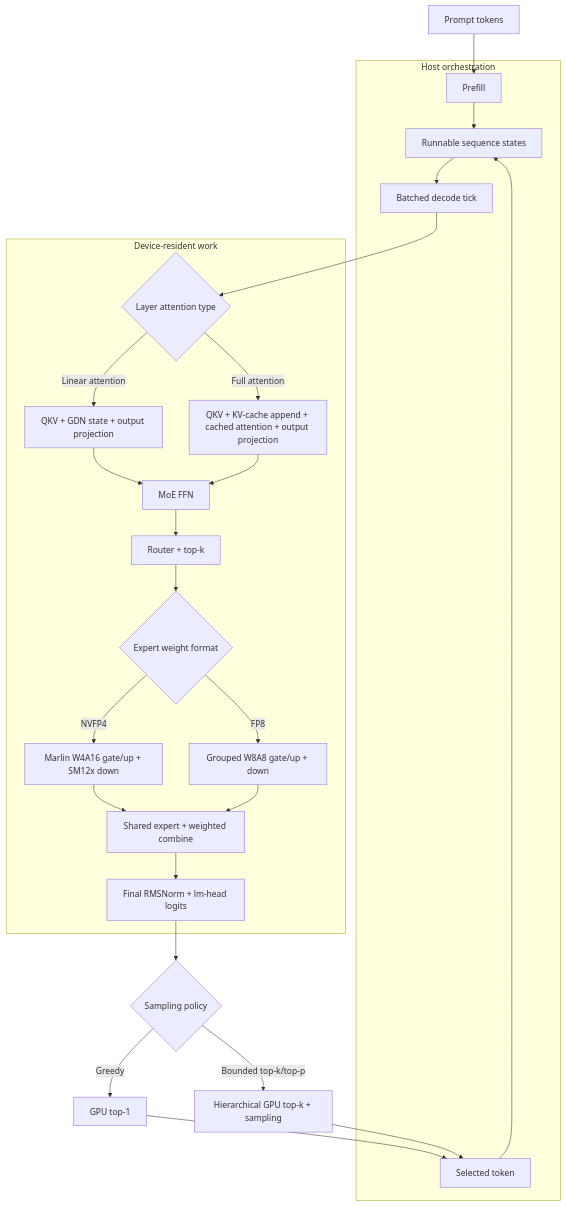
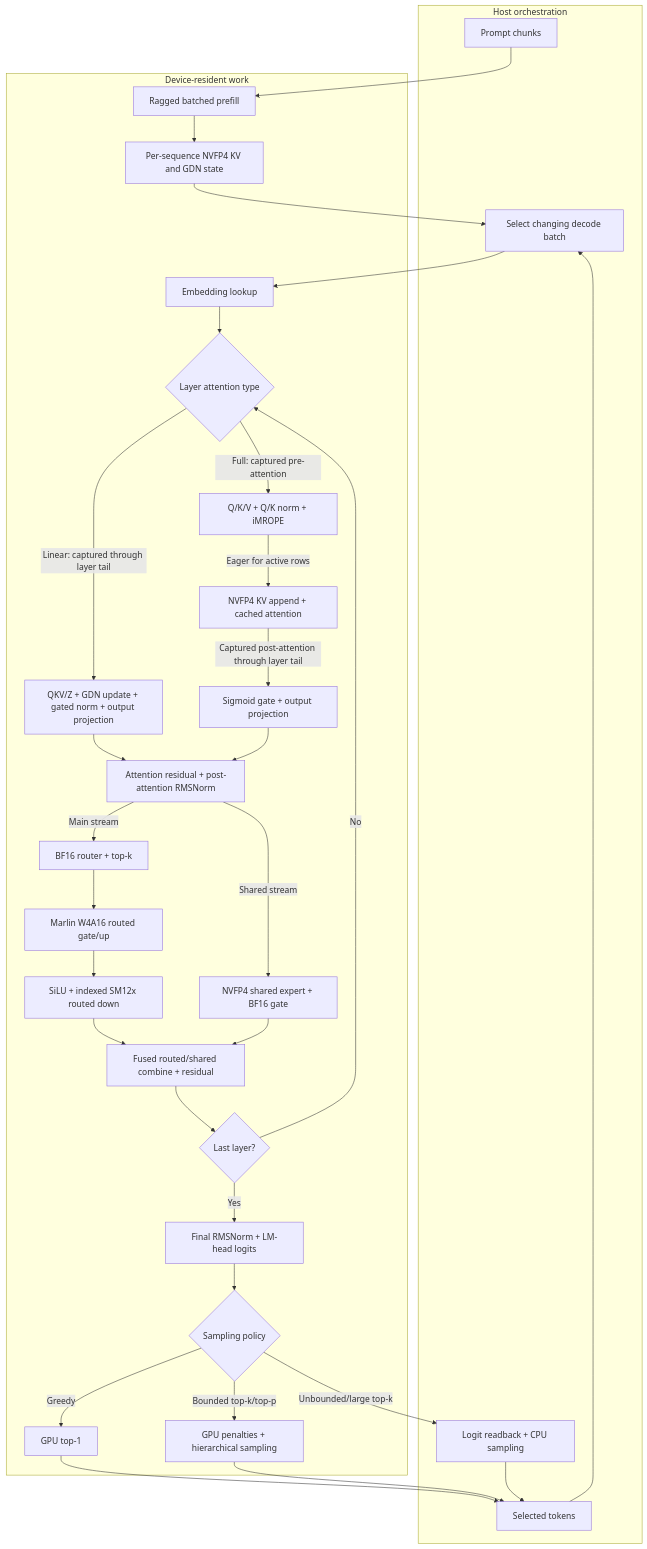
Before and after one commit to rdaum/eider: the diagram in README.md, drawn with Mermaid. The commit also changed other lines of this file, not shown here.

Commit message:
chore: Update mermaid diagram

````diff
--- a/README.md
+++ b/README.md
@@ -271,43 +271,59 @@
 ```mermaid
 flowchart TD
-    A[Prompt tokens] --> B[Prefill]
-    B --> C[Runnable sequence states]
-    C --> D[Batched decode tick]
-    D --> E{Layer attention type}
-    E -->|Linear attention| F[QKV + GDN state + output projection]
-    E -->|Full attention| G[QKV + KV-cache append + cached attention + output projection]
-    F --> H[MoE FFN]
-    G --> H
-    H --> I[Router + top-k]
-    I --> J{Expert weight format}
-    J -->|NVFP4| K[Marlin W4A16 gate/up + SM12x down]
-    J -->|FP8| L[Grouped W8A8 gate/up + down]
-    K --> M[Shared expert + weighted combine]
-    L --> M
-    M --> N[Final RMSNorm + lm-head logits]
-    N --> P{Sampling policy}
-    P -->|Greedy| Q[GPU top-1]
-    P -->|Bounded top-k/top-p| R[Hierarchical GPU top-k + sampling]
-    Q --> O[Selected token]
-    R --> O
-    O --> C
+    A[Prompt chunks] --> B[Ragged batched prefill]
+    B --> C[Per-sequence NVFP4 KV and GDN state]
+    C --> D[Select changing decode batch]
+    D --> E[Embedding lookup]
+    E --> F{Layer attention type}
+    F -->|Linear: captured through layer tail| G[QKV/Z + GDN update + gated norm + output projection]
+    F -->|Full: captured pre-attention| H[Q/K/V + Q/K norm + iMROPE]
+    H -->|Eager for active rows| I[NVFP4 KV append + cached attention]
+    I -->|Captured post-attention through layer tail| J[Sigmoid gate + output projection]
+    G --> K[Attention residual + post-attention RMSNorm]
+    J --> K
+    K -->|Main stream| L[BF16 router + top-k]
+    K -->|Shared stream| M[NVFP4 shared expert + BF16 gate]
+    L --> N[Marlin W4A16 routed gate/up]
+    N --> O[SiLU + indexed SM12x routed down]
+    O --> P[Fused routed/shared combine + residual]
+    M --> P
+    P --> Q{Last layer?}
+    Q -->|No| F
+    Q -->|Yes| R[Final RMSNorm + LM-head logits]
+    R --> S{Sampling policy}
+    S -->|Greedy| T[GPU top-1]
+    S -->|Bounded top-k/top-p| U[GPU penalties + hierarchical sampling]
+    S -->|Unbounded/large top-k| V[Logit readback + CPU sampling]
+    T --> W[Selected tokens]
+    U --> W
+    V --> W
+    W --> D
 
     subgraph Host[Host orchestration]
+        A
+        D
+        V
+        W
+    end
+    subgraph Device[Device-resident work]
         B
         C
-        D
-        O
-    end
-    subgraph Device[Device-resident work]
         E
         F
         G
         H
         I
         J
         K
         L
         M
         N
+        O
+        P
+        Q
+        R
+        S
+        T
+        U
     end
 ```
````
